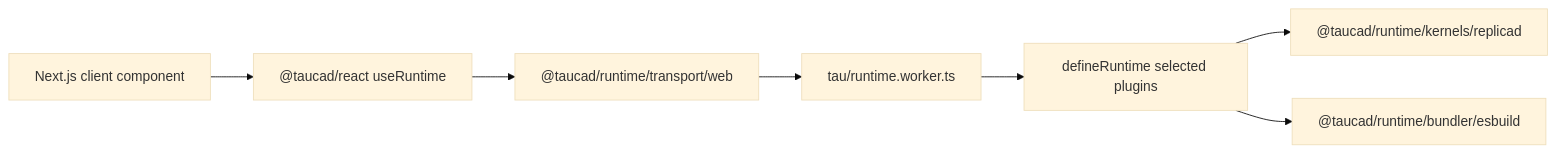
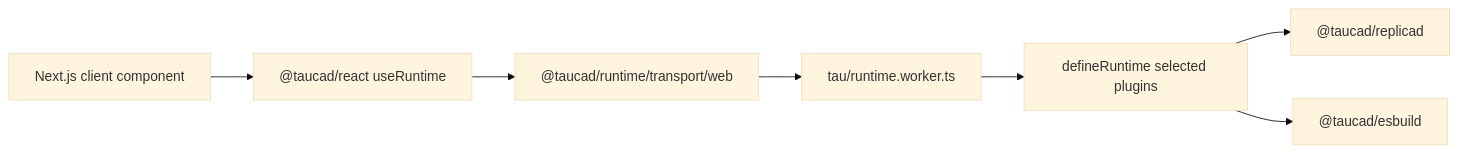
One commit to taucad/tau changed the diagram in examples/nextjs/README.md. Above: the diagram before and after it, drawn with Mermaid (base theme). The commit also changed other lines of this file and 11 other files, not shown here.

````diff
--- a/examples/nextjs/README.md
+++ b/examples/nextjs/README.md
@@ -16,9 +16,9 @@
 ```mermaid
 flowchart LR
   UI["Next.js client component"] --> Hook["@taucad/react useRuntime"]
   Hook --> Transport["@taucad/runtime/transport/web"]
   Transport --> Worker["tau/runtime.worker.ts"]
   Worker --> Runtime["defineRuntime selected plugins"]
-  Runtime --> Kernel["@taucad/runtime/kernels/replicad"]
-  Runtime --> Bundler["@taucad/runtime/bundler/esbuild"]
+  Runtime --> Kernel["@taucad/replicad"]
+  Runtime --> Bundler["@taucad/esbuild"]
 ```
````
